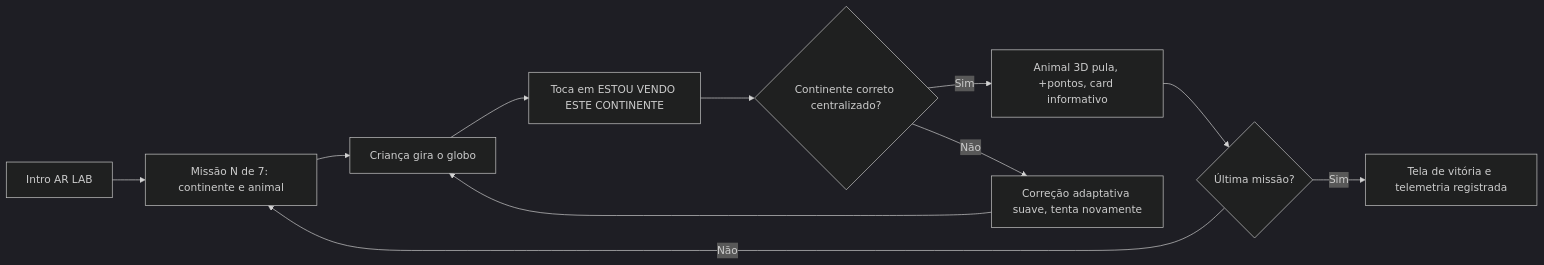
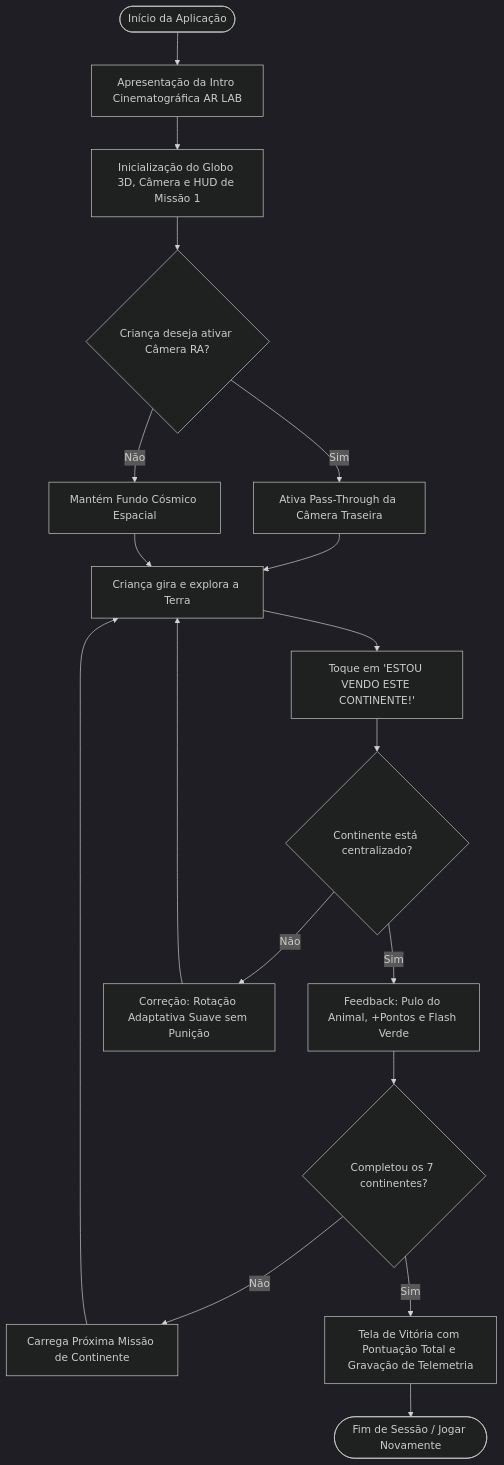
One commit to DJmesh/Ar-Lab-Unity changed the third of 4 diagrams in README.md. Above: the diagram before and after it, drawn with Mermaid (dark theme). The commit also changed other lines of this file, not shown here.

````diff
--- a/README.md
+++ b/README.md
@@ -431,13 +401,20 @@
 ```mermaid
-flowchart LR
-    A[Intro AR LAB] --> B[Missão N de 7: continente e animal]
-    B --> C[Criança gira o globo]
-    C --> D[Toca em ESTOU VENDO ESTE CONTINENTE]
-    D --> E{Continente correto centralizado?}
-    E -- Sim --> F[Animal 3D pula, +pontos, card informativo]
-    E -- Não --> G[Correção adaptativa suave, tenta novamente]
-    G --> C
-    F --> H{Última missão?}
-    H -- Não --> B
-    H -- Sim --> I[Tela de vitória e telemetria registrada]
+flowchart TD
+    A([Início da Aplicação]) --> B[Apresentação da Intro Cinematográfica AR LAB]
+    B --> C[Inicialização do Globo 3D, Câmera e HUD de Missão 1]
+    C --> D{Criança deseja ativar Câmera RA?}
+    D -- Sim --> E[Ativa Pass-Through da Câmera Traseira]
+    D -- Não --> F[Mantém Fundo Cósmico Espacial]
+    E --> G[Criança gira e explora a Terra]
+    F --> G
+    G --> H[Toque em 'ESTOU VENDO ESTE CONTINENTE!']
+    H --> I{Continente está centralizado?}
+    I -- Sim --> J[Feedback: Pulo do Animal, +Pontos e Flash Verde]
+    I -- Não --> K[Correção: Rotação Adaptativa Suave sem Punição]
+    K --> G
+    J --> L{Completou os 7 continentes?}
+    L -- Não --> M[Carrega Próxima Missão de Continente]
+    M --> G
+    L -- Sim --> N[Tela de Vitória com Pontuação Total e Gravação de Telemetria]
+    N --> O([Fim de Sessão / Jogar Novamente])
 ```
````
